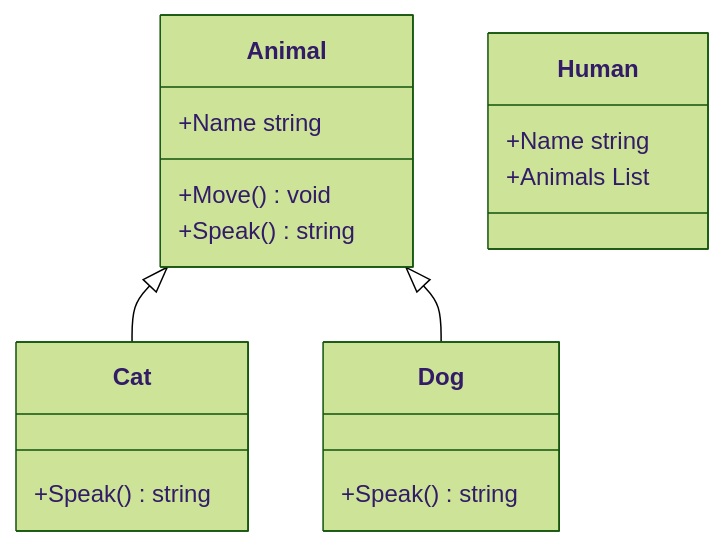
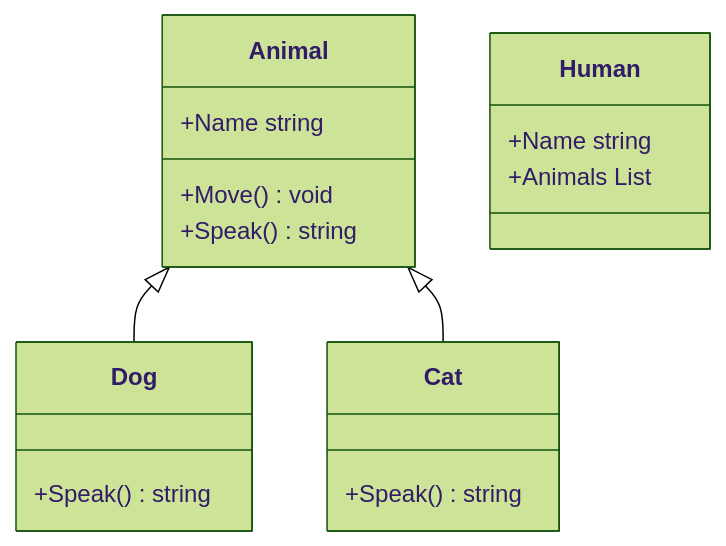
One commit to nurzhanme/SharpmaidGithubActionSample changed the diagram in UML.md. Above: the diagram before and after it, drawn with Mermaid (forest theme). The commit also changed other lines of this file, not shown here.

Commit message:
UML generated

````diff
--- a/UML.md
+++ b/UML.md
@@ -1,20 +1,20 @@
 ```mermaid
 classDiagram
+Animal  <|-- Dog
+class Dog{
++Speak() string
+}
 Animal  <|-- Cat
 class Cat{
-+Speak() string
-}
-Animal  <|-- Dog
-class Dog{
 +Speak() string
 }
 class Animal{
 +Name string
 +Move() void
 +Speak() string
 }
 class Human{
 +Name string
 +Animals List<Animal>
 }
 ```
````
